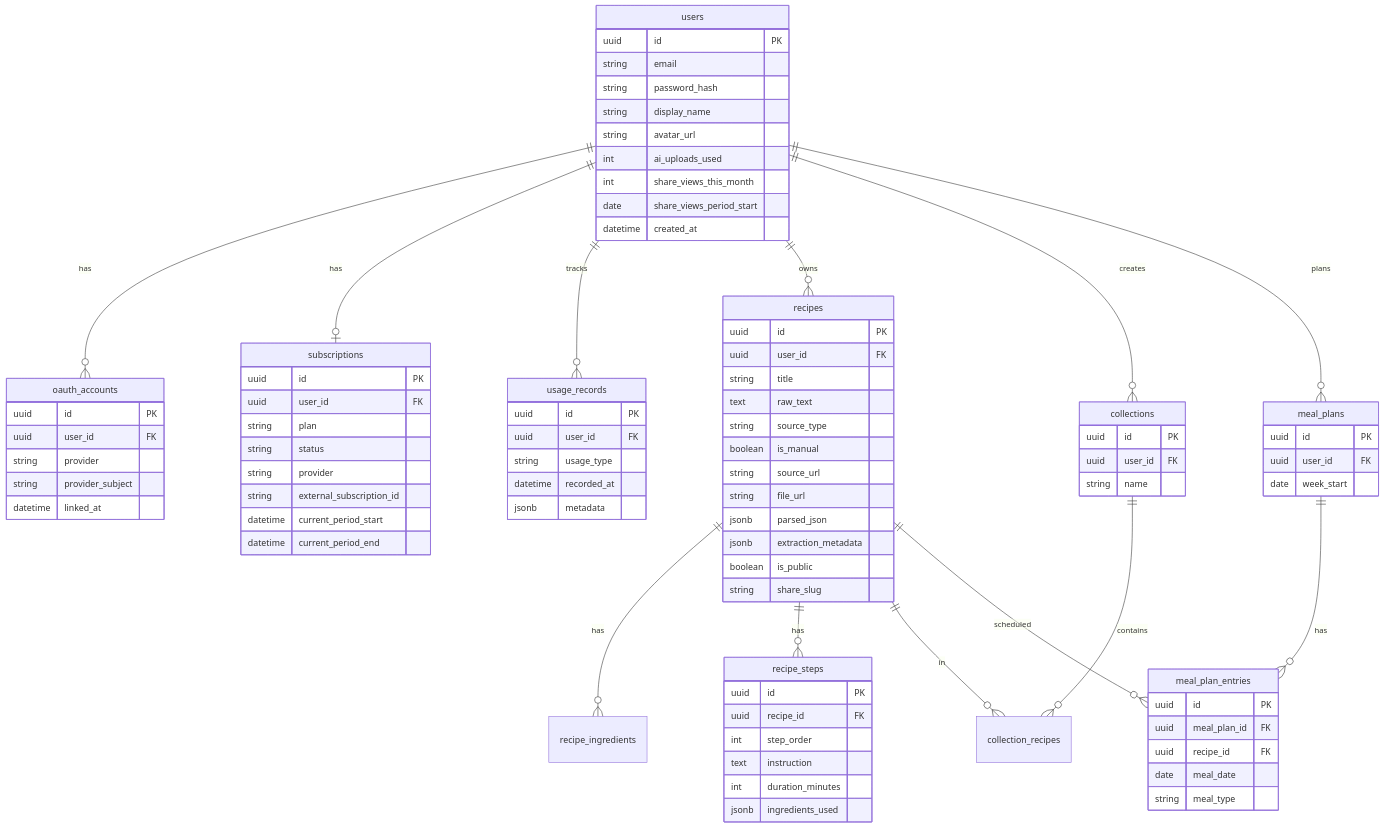
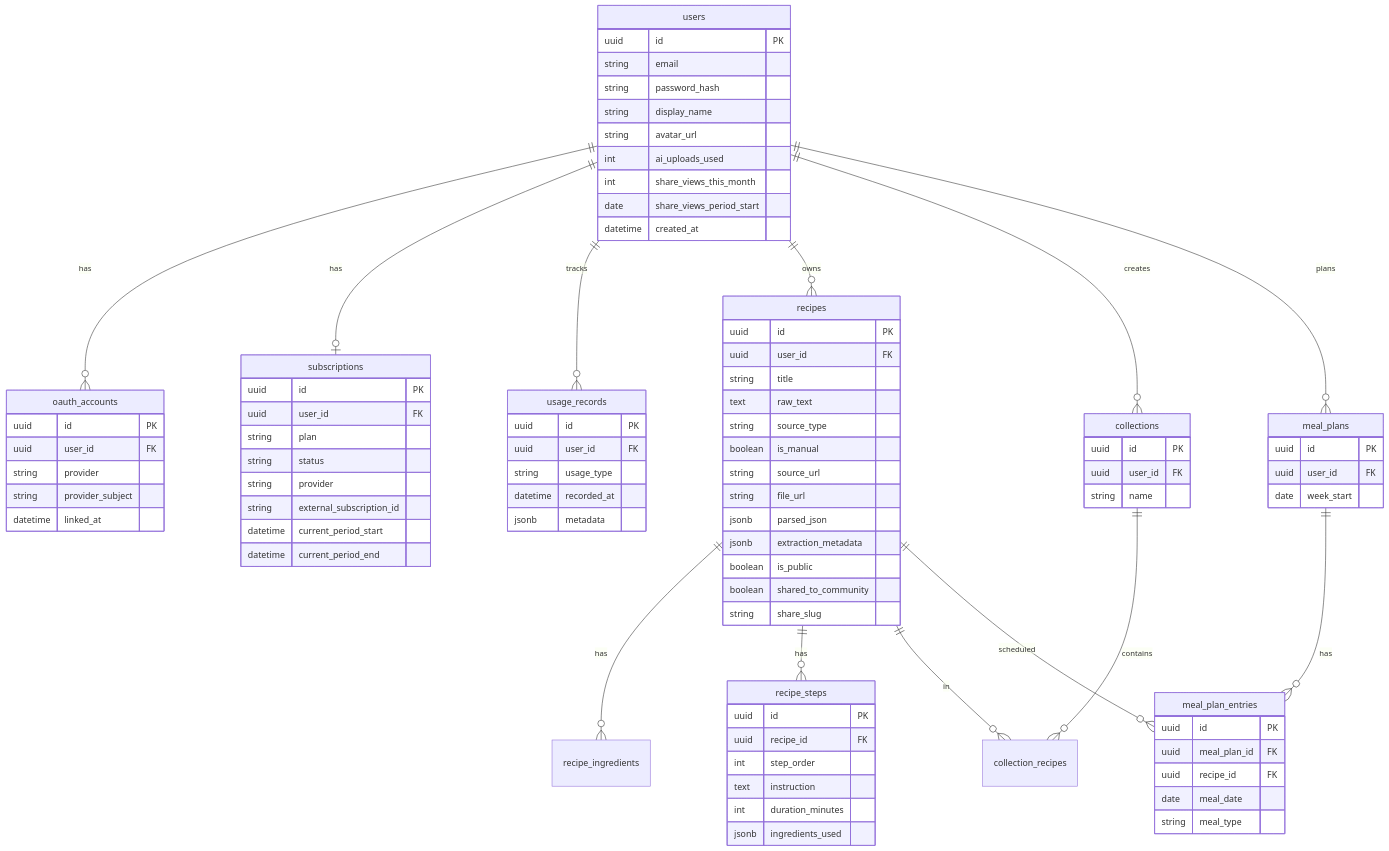
The sixth of 8 diagrams in REFERENCE.md (zabualfe/YourCookMate), drawn with Mermaid before and after one commit. The commit also changed other lines of this file and 81 other files, not shown here.

```diff
--- a/REFERENCE.md
+++ b/REFERENCE.md
@@ -513,6 +513,7 @@
     jsonb parsed_json
     jsonb extraction_metadata
     boolean is_public
+    boolean shared_to_community
     string share_slug
   }
   oauth_accounts {
```
